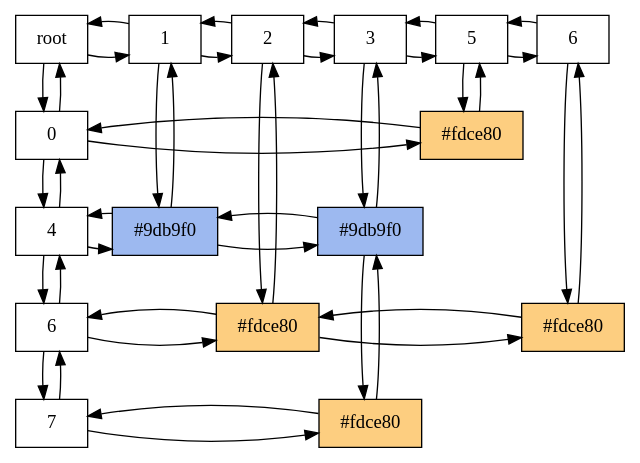
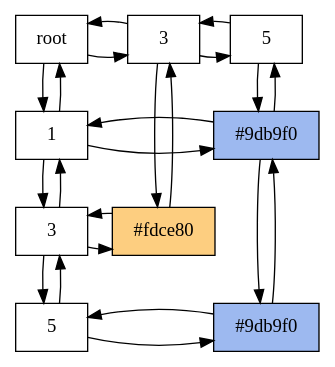
Before and after one commit to helenrodas/FasesProyectoEDD1S_202200066: the diagram in Fase2/matrix.dot, drawn with Graphviz. The commit also changed 18 other files, not shown here.

```diff
--- a/Fase2/matrix.dot
+++ b/Fase2/matrix.dot
@@ -1,66 +1,38 @@
  digraph Matrix {
  node[shape = "box"]
  "Nodo0_0"[label = "root", group="0"]                                                                                                                  
- "Nodo0_0"->"Nodo2_0"
- "Nodo0_0"->"Nodo2_0"[dir = back]
- "Nodo0_0"->"Nodo0_1"
- "Nodo0_0"->"Nodo0_1"[dir = back]
- "Nodo2_0"[label = "1", group="2"]                                                                                                                     
- "Nodo2_0"->"Nodo3_0"
- "Nodo2_0"->"Nodo3_0"[dir = back]
- "Nodo2_0"->"Nodo2_5"
- "Nodo2_0"->"Nodo2_5"[dir = back]
- "Nodo3_0"[label = "2", group="3"]                                                                                                                     
- "Nodo3_0"->"Nodo4_0"
- "Nodo3_0"->"Nodo4_0"[dir = back]
- "Nodo3_0"->"Nodo3_7"
- "Nodo3_0"->"Nodo3_7"[dir = back]
+ "Nodo0_0"->"Nodo4_0"
+ "Nodo0_0"->"Nodo4_0"[dir = back]
+ "Nodo0_0"->"Nodo0_2"
+ "Nodo0_0"->"Nodo0_2"[dir = back]
  "Nodo4_0"[label = "3", group="4"]                                                                                                                     
  "Nodo4_0"->"Nodo6_0"
  "Nodo4_0"->"Nodo6_0"[dir = back]
- "Nodo4_0"->"Nodo4_5"
- "Nodo4_0"->"Nodo4_5"[dir = back]
+ "Nodo4_0"->"Nodo4_4"
+ "Nodo4_0"->"Nodo4_4"[dir = back]
  "Nodo6_0"[label = "5", group="6"]                                                                                                                     
- "Nodo6_0"->"Nodo7_0"
- "Nodo6_0"->"Nodo7_0"[dir = back]
- "Nodo6_0"->"Nodo6_1"
- "Nodo6_0"->"Nodo6_1"[dir = back]
- "Nodo7_0"[label = "6", group="7"]                                                                                                                     
- "Nodo7_0"->"Nodo7_7"
- "Nodo7_0"->"Nodo7_7"[dir = back]
- {rank=same;"Nodo0_0";"Nodo2_0";"Nodo3_0";"Nodo4_0";"Nodo6_0";"Nodo7_0"}
- "Nodo0_1"[label = "0", group="0"]                                                                                                                     
- "Nodo0_1"->"Nodo6_1"
- "Nodo0_1"->"Nodo6_1"[dir = back]
- "Nodo0_1"->"Nodo0_5"
- "Nodo0_1"->"Nodo0_5"[dir = back]
- "Nodo6_1"[label = "#fdce80",  style = filled, fillcolor = "#fdce80" group="6"]                                                                        
- {rank=same;"Nodo0_1";"Nodo6_1"}
- "Nodo0_5"[label = "4", group="0"]                                                                                                                     
- "Nodo0_5"->"Nodo2_5"
- "Nodo0_5"->"Nodo2_5"[dir = back]
- "Nodo0_5"->"Nodo0_7"
- "Nodo0_5"->"Nodo0_7"[dir = back]
- "Nodo2_5"[label = "#9db9f0",  style = filled, fillcolor = "#9db9f0" group="2"]                                                                        
- "Nodo2_5"->"Nodo4_5"
- "Nodo2_5"->"Nodo4_5"[dir = back]
- "Nodo4_5"[label = "#9db9f0",  style = filled, fillcolor = "#9db9f0" group="4"]                                                                        
- "Nodo4_5"->"Nodo4_8"
- "Nodo4_5"->"Nodo4_8"[dir = back]
- {rank=same;"Nodo0_5";"Nodo2_5";"Nodo4_5"}
- "Nodo0_7"[label = "6", group="0"]                                                                                                                     
- "Nodo0_7"->"Nodo3_7"
- "Nodo0_7"->"Nodo3_7"[dir = back]
- "Nodo0_7"->"Nodo0_8"
- "Nodo0_7"->"Nodo0_8"[dir = back]
- "Nodo3_7"[label = "#fdce80",  style = filled, fillcolor = "#fdce80" group="3"]                                                                        
- "Nodo3_7"->"Nodo7_7"
- "Nodo3_7"->"Nodo7_7"[dir = back]
- "Nodo7_7"[label = "#fdce80",  style = filled, fillcolor = "#fdce80" group="7"]                                                                        
- {rank=same;"Nodo0_7";"Nodo3_7";"Nodo7_7"}
- "Nodo0_8"[label = "7", group="0"]                                                                                                                     
- "Nodo0_8"->"Nodo4_8"
- "Nodo0_8"->"Nodo4_8"[dir = back]
- "Nodo4_8"[label = "#fdce80",  style = filled, fillcolor = "#fdce80" group="4"]                                                                        
- {rank=same;"Nodo0_8";"Nodo4_8"}
+ "Nodo6_0"->"Nodo6_2"
+ "Nodo6_0"->"Nodo6_2"[dir = back]
+ {rank=same;"Nodo0_0";"Nodo4_0";"Nodo6_0"}
+ "Nodo0_2"[label = "1", group="0"]                                                                                                                     
+ "Nodo0_2"->"Nodo6_2"
+ "Nodo0_2"->"Nodo6_2"[dir = back]
+ "Nodo0_2"->"Nodo0_4"
+ "Nodo0_2"->"Nodo0_4"[dir = back]
+ "Nodo6_2"[label = "#9db9f0",  style = filled, fillcolor = "#9db9f0" group="6"]                                                                        
+ "Nodo6_2"->"Nodo6_6"
+ "Nodo6_2"->"Nodo6_6"[dir = back]
+ {rank=same;"Nodo0_2";"Nodo6_2"}
+ "Nodo0_4"[label = "3", group="0"]                                                                                                                     
+ "Nodo0_4"->"Nodo4_4"
+ "Nodo0_4"->"Nodo4_4"[dir = back]
+ "Nodo0_4"->"Nodo0_6"
+ "Nodo0_4"->"Nodo0_6"[dir = back]
+ "Nodo4_4"[label = "#fdce80",  style = filled, fillcolor = "#fdce80" group="4"]                                                                        
+ {rank=same;"Nodo0_4";"Nodo4_4"}
+ "Nodo0_6"[label = "5", group="0"]                                                                                                                     
+ "Nodo0_6"->"Nodo6_6"
+ "Nodo0_6"->"Nodo6_6"[dir = back]
+ "Nodo6_6"[label = "#9db9f0",  style = filled, fillcolor = "#9db9f0" group="6"]                                                                        
+ {rank=same;"Nodo0_6";"Nodo6_6"}
  }
```
